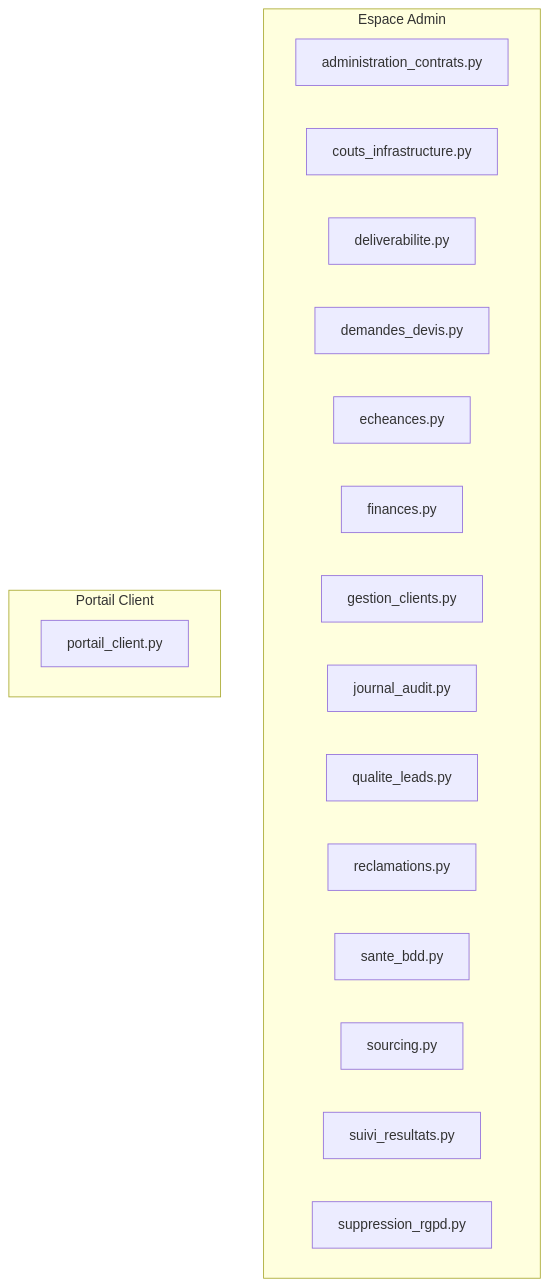
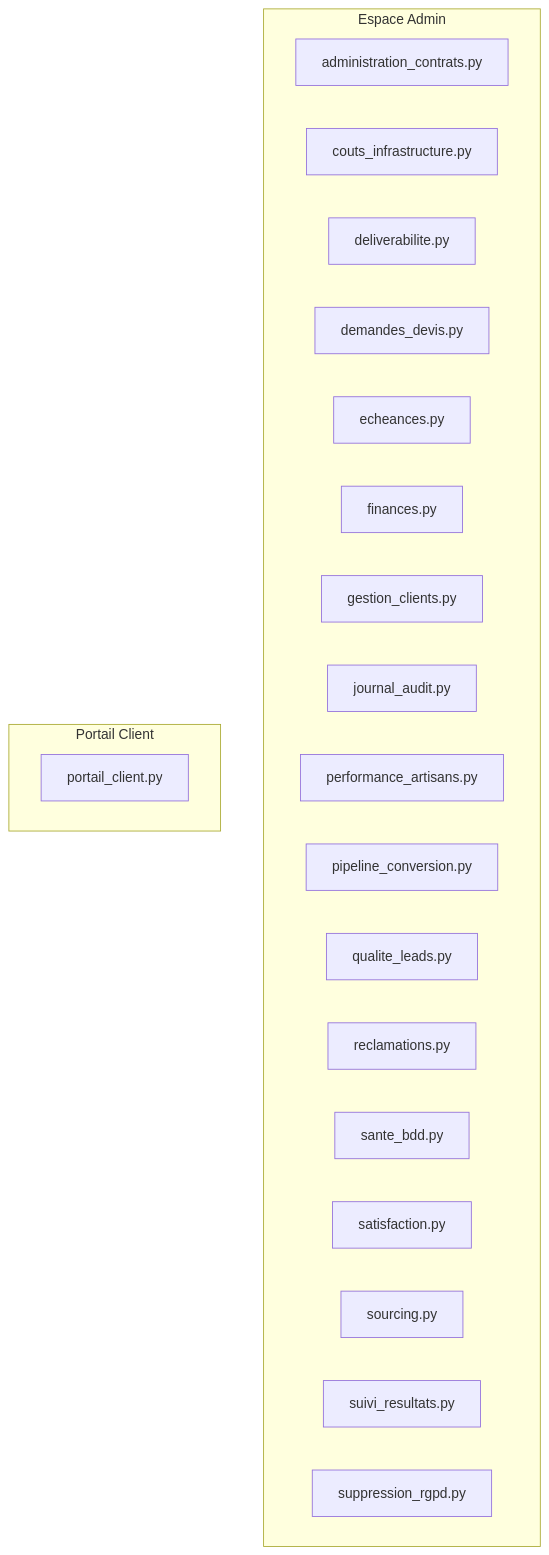
One commit to contactmonagenceiapro-sudo/leads-creator changed the third of 3 diagrams in docs/architecture_globale.md. Above: the diagram before and after it, drawn with Mermaid. The commit also changed other lines of this file and 6 other files, not shown here.

````diff
--- a/docs/architecture_globale.md
+++ b/docs/architecture_globale.md
@@ -405,22 +439,25 @@
 ```mermaid
 flowchart TD
     subgraph ADMIN["Espace Admin"]
         administration_contrats_py["administration_contrats.py"]
         couts_infrastructure_py["couts_infrastructure.py"]
         deliverabilite_py["deliverabilite.py"]
         demandes_devis_py["demandes_devis.py"]
         echeances_py["echeances.py"]
         finances_py["finances.py"]
         gestion_clients_py["gestion_clients.py"]
         journal_audit_py["journal_audit.py"]
+        performance_artisans_py["performance_artisans.py"]
+        pipeline_conversion_py["pipeline_conversion.py"]
         qualite_leads_py["qualite_leads.py"]
         reclamations_py["reclamations.py"]
         sante_bdd_py["sante_bdd.py"]
+        satisfaction_py["satisfaction.py"]
         sourcing_py["sourcing.py"]
         suivi_resultats_py["suivi_resultats.py"]
         suppression_rgpd_py["suppression_rgpd.py"]
     end
     subgraph CLIENT["Portail Client"]
         portail_client_py["portail_client.py"]
     end
 ```
````
